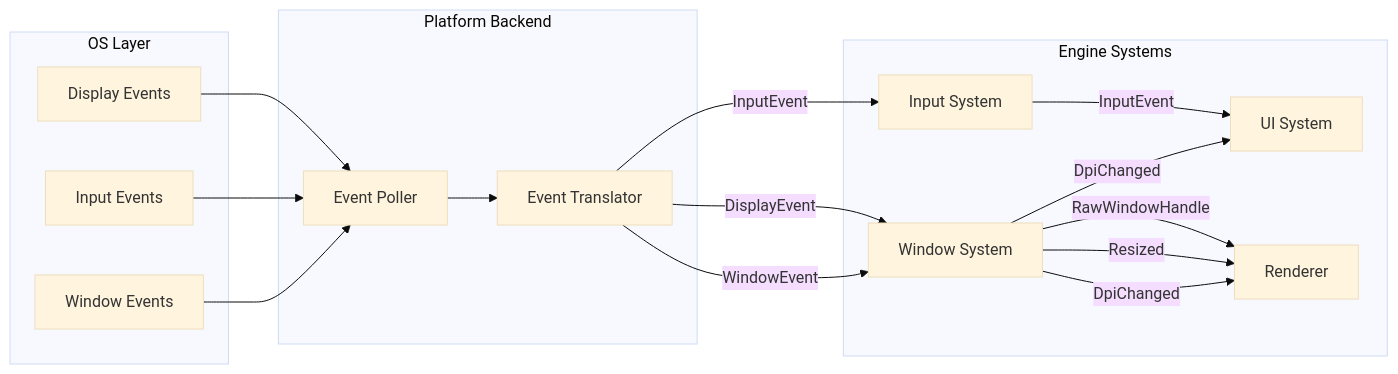
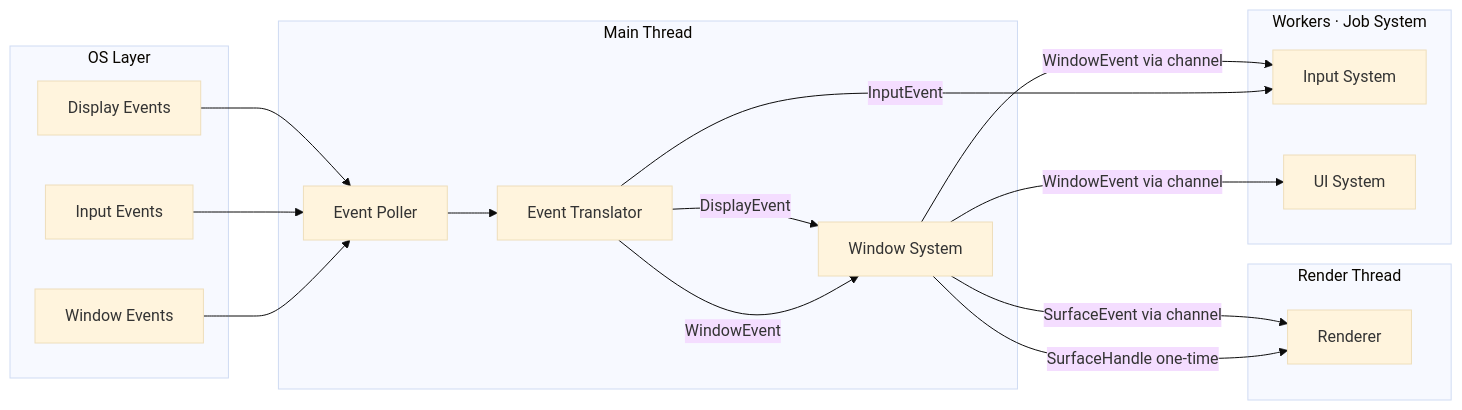
Before and after one commit to harmonius-dev/harmonius: the fifth of 5 diagrams in docs/design/platform/windowing.md, drawn with Mermaid (base theme). The commit also changed other lines of this file and 174 other files, not shown here.

````diff
--- a/docs/design/platform/windowing.md
+++ b/docs/design/platform/windowing.md
@@ -1030,34 +1061,36 @@
 ```mermaid
 graph LR
     subgraph "OS Layer"
         WE[Window Events]
         IE[Input Events]
         DE[Display Events]
     end
 
-    subgraph "Platform Backend"
+    subgraph "Main Thread"
         EP[Event Poller]
         EX[Event Translator]
+        WS[Window System]
     end
 
-    subgraph "Engine Systems"
-        WS[Window System]
+    subgraph "Workers · Job System"
         IS[Input System]
         UIS[UI System]
+    end
+
+    subgraph "Render Thread"
         RS[Renderer]
     end
 
     WE --> EP
     IE --> EP
     DE --> EP
     EP --> EX
     EX -->|WindowEvent| WS
     EX -->|InputEvent| IS
     EX -->|DisplayEvent| WS
 
-    WS -->|DpiChanged| UIS
-    WS -->|DpiChanged| RS
-    WS -->|Resized| RS
-    WS -->|RawWindowHandle| RS
-    IS -->|InputEvent| UIS
+    WS -->|WindowEvent via channel| IS
+    WS -->|WindowEvent via channel| UIS
+    WS -->|SurfaceHandle one-time| RS
+    WS -->|SurfaceEvent via channel| RS
 ```
````
